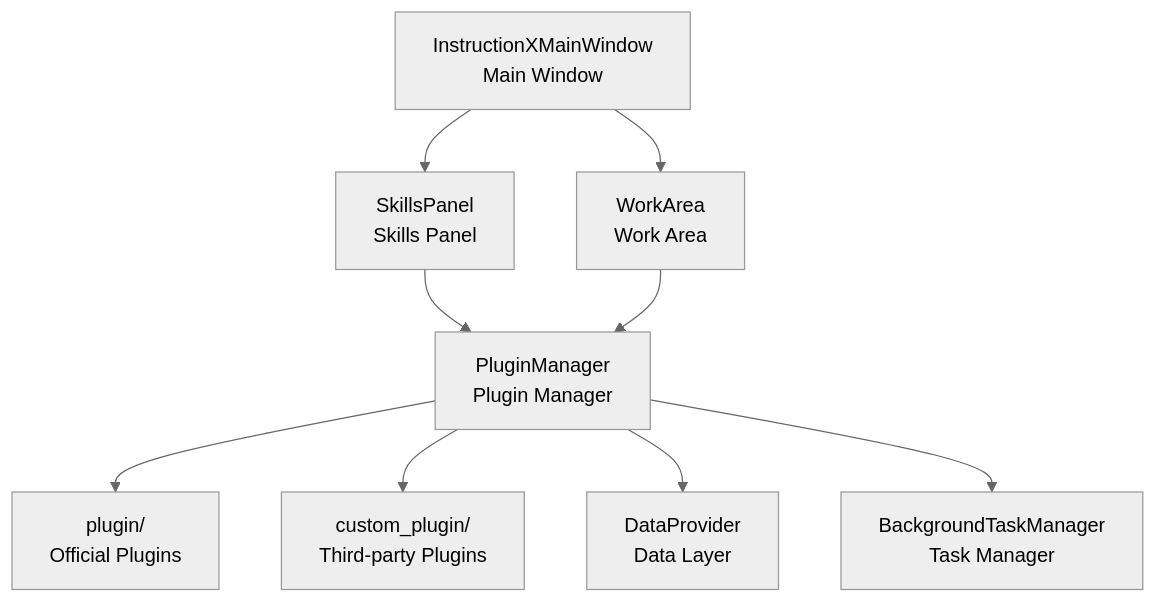
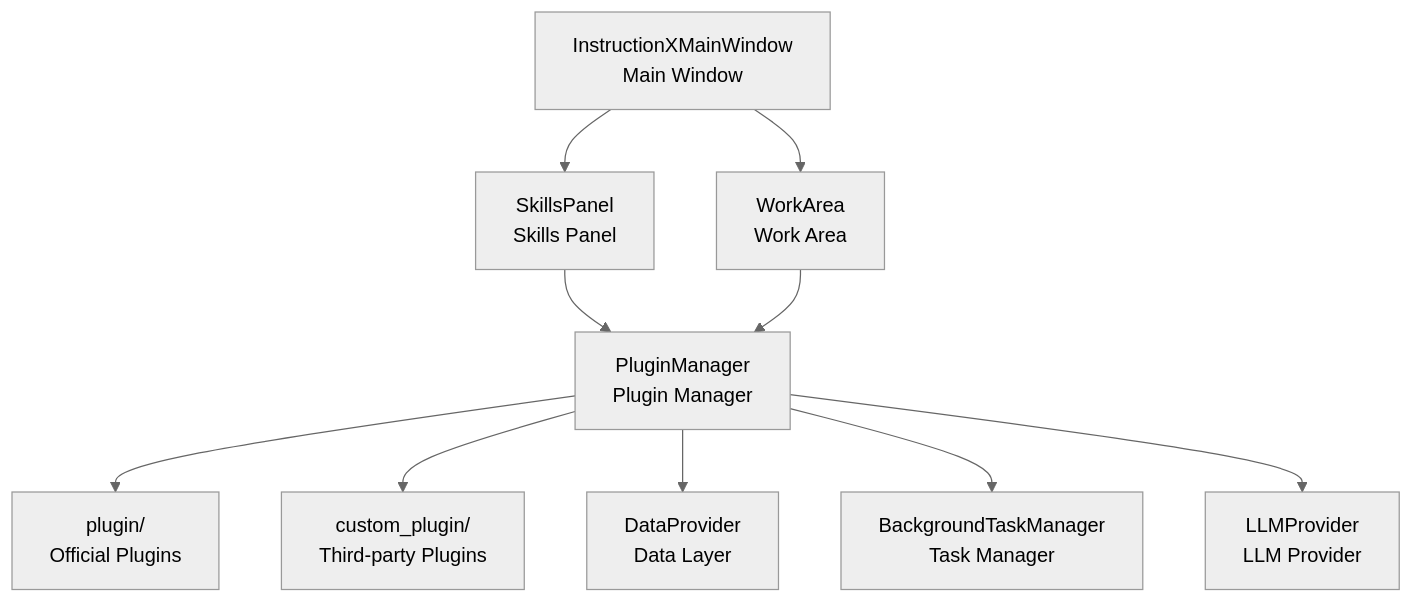
The diagram in README_EN.md (KKPIP-Tech/InstructionX), drawn with Mermaid (neutral theme) before and after one commit. The commit also changed other lines of this file and 2 other files, not shown here.

First line of the commit message:
docs: 更新 README 文档，添加 LLM 集成与 FluentUI3 主题系统说明

````diff
--- a/README_EN.md
+++ b/README_EN.md
@@ -115,14 +144,15 @@
 ```mermaid
 graph TD
     A[InstructionXMainWindow<br/>Main Window] --> B[SkillsPanel<br/>Skills Panel]
     A --> C[WorkArea<br/>Work Area]
 
     B --> D[PluginManager<br/>Plugin Manager]
     C --> D
 
     D --> E[plugin/<br/>Official Plugins]
     D --> F[custom_plugin/<br/>Third-party Plugins]
 
     D --> G[DataProvider<br/>Data Layer]
     D --> H[BackgroundTaskManager<br/>Task Manager]
+    D --> I[LLMProvider<br/>LLM Provider]
 ```
````
